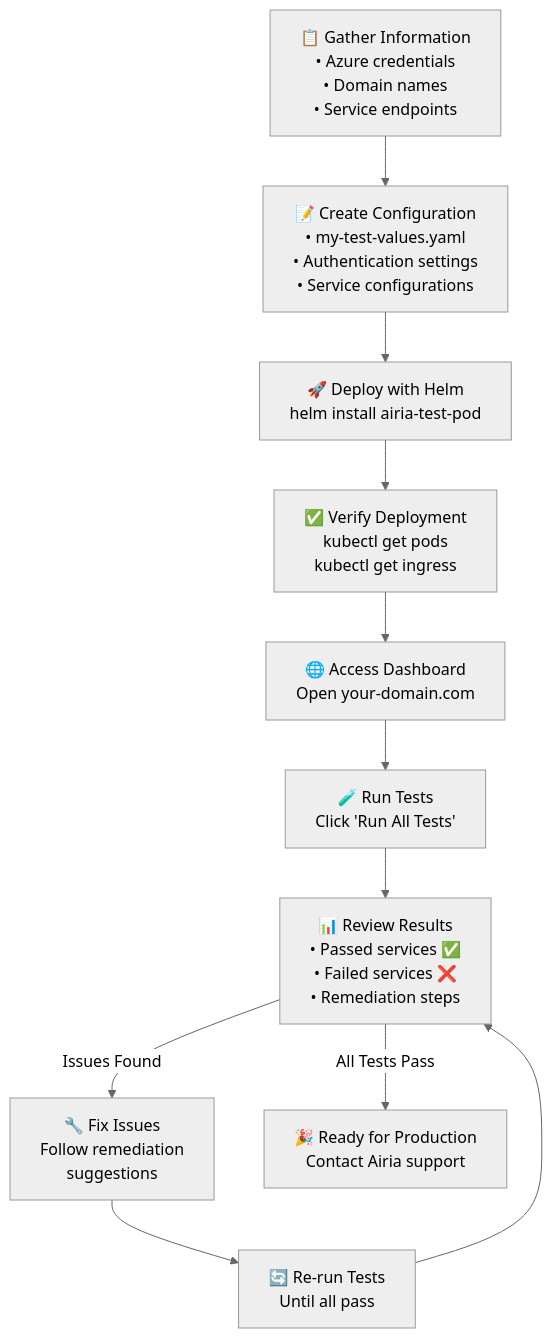
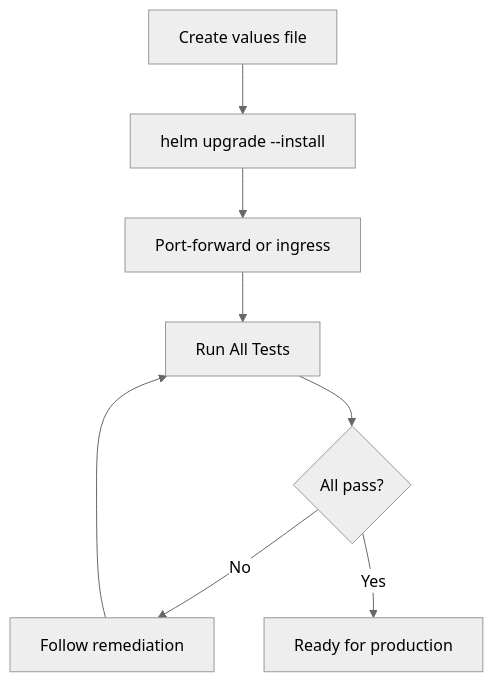
The diagram in docs/deployment/deployment-guide.md (davidpacold/airia-test-pod), drawn with Mermaid (neutral theme) before and after one commit. The commit also changed other lines of this file and 2 other files, not shown here.

First line of the commit message:
docs: rewrite deployment guide, delete redundant example-deployment

````diff
--- a/docs/deployment/deployment-guide.md
+++ b/docs/deployment/deployment-guide.md
@@ -152,33 +64,9 @@
 ```mermaid
 flowchart TD
-    Gather["📋 Gather Information<br/>• Azure credentials<br/>• Domain names<br/>• Service endpoints"] 
-    
-    Config["📝 Create Configuration<br/>• my-test-values.yaml<br/>• Authentication settings<br/>• Service configurations"]
-    
-    Deploy["🚀 Deploy with Helm<br/>helm install airia-test-pod"]
-    
-    Verify["✅ Verify Deployment<br/>kubectl get pods<br/>kubectl get ingress"]
-    
-    Access["🌐 Access Dashboard<br/>Open your-domain.com"]
-    
-    Test["🧪 Run Tests<br/>Click 'Run All Tests'"]
-    
-    Results["📊 Review Results<br/>• Passed services ✅<br/>• Failed services ❌<br/>• Remediation steps"]
-    
-    Fix["🔧 Fix Issues<br/>Follow remediation<br/>suggestions"]
-    
-    Retest["🔄 Re-run Tests<br/>Until all pass"]
-    
-    Complete["🎉 Ready for Production<br/>Contact Airia support"]
-    
-    Gather --> Config
-    Config --> Deploy
-    Deploy --> Verify
-    Verify --> Access
-    Access --> Test
-    Test --> Results
-    Results -->|Issues Found| Fix
-    Fix --> Retest
-    Retest --> Results
-    Results -->|All Tests Pass| Complete
+    Config["Create values file"] --> Deploy["helm upgrade --install"]
+    Deploy --> Access["Port-forward or ingress"]
+    Access --> Test["Run All Tests"]
+    Test --> Results{"All pass?"}
+    Results -->|No| Fix["Follow remediation"] --> Test
+    Results -->|Yes| Done["Ready for production"]
 ```
````
